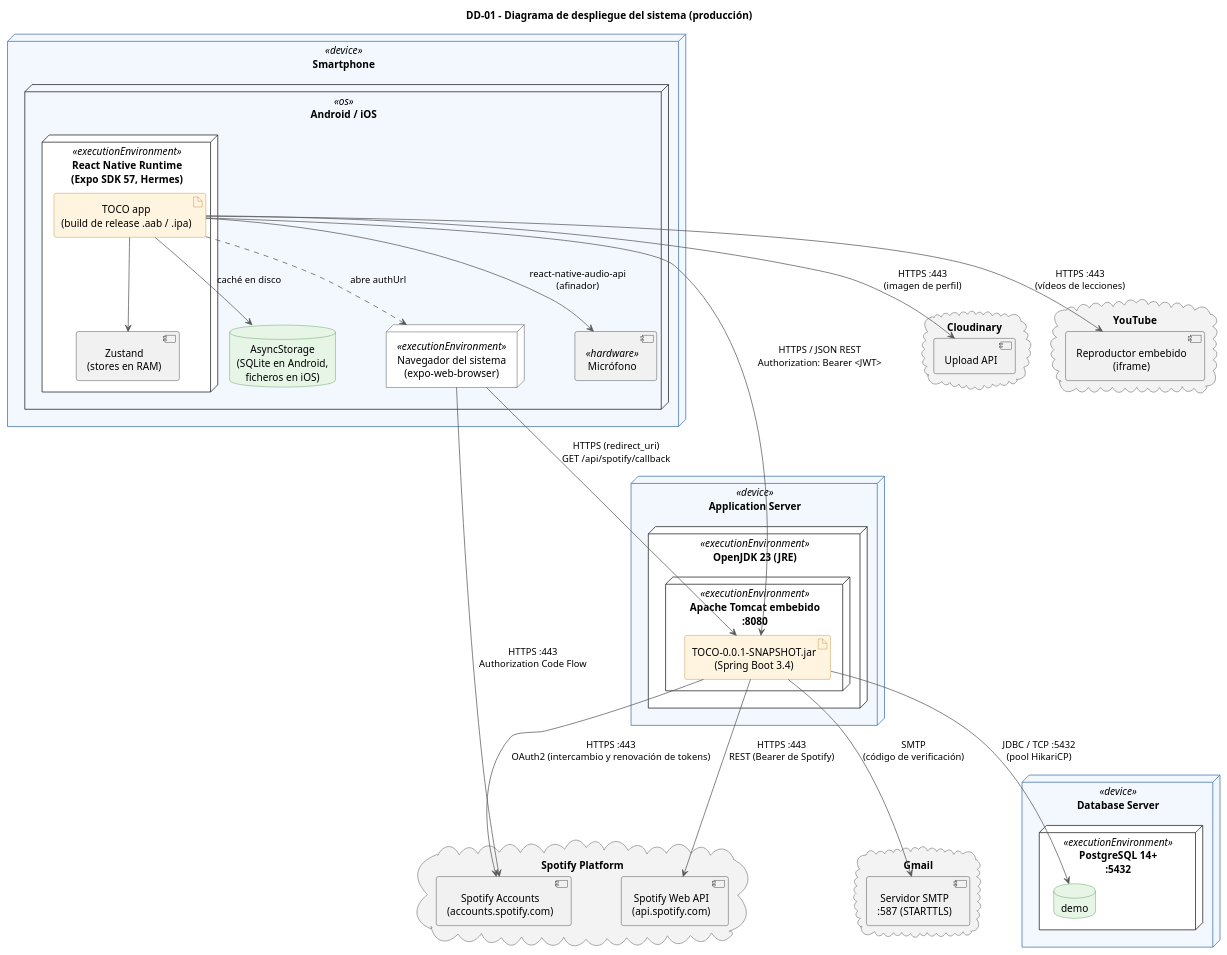
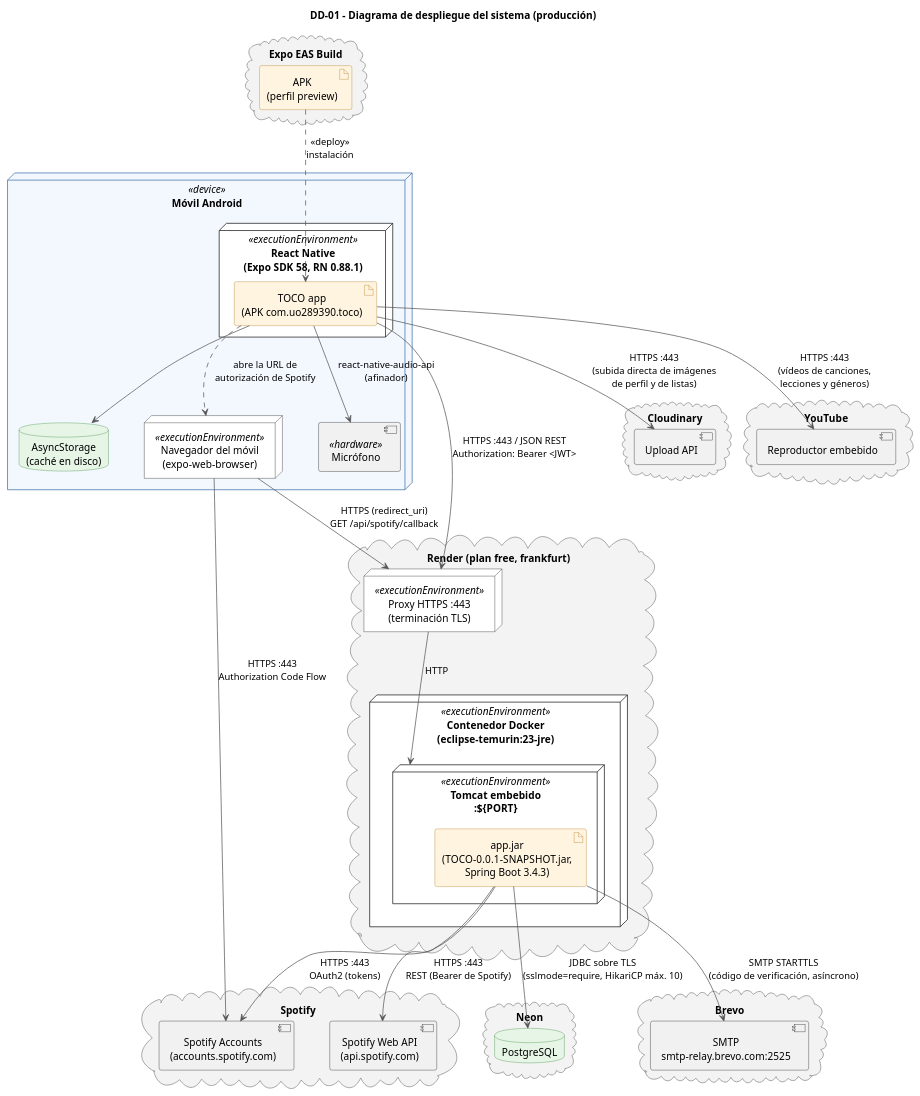
The diagram in diagrams/architecture/DD01_despliegue.puml (adrianmahialoredo/TFG), drawn with PlantUML before and after one commit. The commit also changed 221 other files, not shown here.

```diff
--- a/diagrams/architecture/DD01_despliegue.puml
+++ b/diagrams/architecture/DD01_despliegue.puml
@@ -1,121 +1,119 @@
 @startuml DD-01
 title DD-01 - Diagrama de despliegue del sistema (producción)
 
-' Despliegue objetivo de la aplicación publicada. Datos tomados del proyecto:
-'   - pom.xml: artefacto TOCO-0.0.1-SNAPSHOT.jar, Java 23, Spring Boot 3.4.
-'   - application.properties: Tomcat embebido en el puerto 8080, base de datos
-'     PostgreSQL "demo" en el 5432, pool HikariCP (máx. 10 conexiones), Spring Mail.
-'   - frontend/package.json y app.json: Expo SDK 57, React Native 0.86.
-'
-' Diferencias con el entorno de desarrollo actual (no se dibujan):
-'   - El backend y PostgreSQL corren en el PC de desarrollo (localhost:5432) y
-'     la app llama por HTTP a la IP de la red local (BASE_URL en apiConfig.ts).
-'   - La app se instala como development build (expo-dev-client) y el JS lo
-'     sirve Metro; en producción va empaquetado en la build de release.
-'   - La redirect_uri de Spotify es http://127.0.0.1:8080/...; en producción
-'     es la URL HTTPS pública del servidor (SPOTIFY_REDIRECT_URI).
-' Al publicar hay que cambiar BASE_URL a la URL HTTPS del servidor y dar a la
-' API un certificado TLS (proxy inverso o server.ssl de Spring Boot).
-' El servidor de base de datos puede compartir máquina con el de aplicaciones.
+' Despliegue real de la aplicación publicada. Datos tomados del proyecto:
+'   - frontend/package.json, app.json y eas.json: Expo SDK 58, React Native 0.88.1,
+'     paquete com.uo289390.toco, APK generado con EAS Build (perfil "preview",
+'     distribution internal, buildType apk). La URL del backend se fija con
+'     EXPO_PUBLIC_API_URL (https://<servicio>.onrender.com).
+'   - render.yaml: servicio web "toco-backend", runtime docker, plan free, región
+'     frankfurt, health check /actuator/health.
+'   - Dockerfile: imagen eclipse-temurin:23-jre con app.jar (TOCO-0.0.1-SNAPSHOT.jar,
+'     Spring Boot 3.4.3); Tomcat embebido en server.port=${PORT}.
+'   - application.properties: PostgreSQL de Neon (DB_URL con sslmode=require),
+'     HikariCP máx. 10 conexiones, Spring Mail con STARTTLS.
+'   - README (Despliegue): Brevo smtp-relay.brevo.com:2525, porque el plan gratuito
+'     de Render bloquea los puertos SMTP 25, 465 y 587.
+'   - EmailVerificationServiceImpl: el correo se envía en segundo plano
+'     (applicationTaskExecutor).
+' El entorno de desarrollo (backend y PostgreSQL en localhost, development build
+' con Metro) no se dibuja.
 skinparam roundcorner 6
-skinparam nodesep 70
-skinparam ranksep 80
+skinparam nodesep 50
+skinparam ranksep 70
 skinparam defaultTextAlignment center
 skinparam node {
     BackgroundColor<<device>> #F3F8FF
     BorderColor<<device>> #3D6FA8
     BackgroundColor<<executionEnvironment>> #FFFFFF
 }
 skinparam cloud {
     BackgroundColor #F3F3F3
     BorderColor #888888
 }
 skinparam artifact {
     BackgroundColor #FFF4E0
     BorderColor #B07A1F
 }
 skinparam database {
     BackgroundColor #E6F5E6
     BorderColor #3C8A3C
 }
 skinparam ArrowColor #555555
 
 ' ---------------------------------------------------------------------
 ' Cliente
 ' ---------------------------------------------------------------------
 
-node "Smartphone" <<device>> as phone {
-    node "Android / iOS" <<os>> as os {
-        node "React Native Runtime\n(Expo SDK 57, Hermes)" <<executionEnvironment>> as rn {
-            artifact "TOCO app\n(build de release .aab / .ipa)" as app
-            component "Zustand\n(stores en RAM)" as zustand
-        }
-        database "AsyncStorage\n(SQLite en Android,\nficheros en iOS)" as async
-        node "Navegador del sistema\n(expo-web-browser)" <<executionEnvironment>> as browser
-        component "Micrófono" <<hardware>> as mic
+node "Móvil Android" <<device>> as phone {
+    node "React Native\n(Expo SDK 58, RN 0.88.1)" <<executionEnvironment>> as rn {
+        artifact "TOCO app\n(APK com.uo289390.toco)" as app
     }
+    database "AsyncStorage\n(caché en disco)" as async
+    node "Navegador del móvil\n(expo-web-browser)" <<executionEnvironment>> as browser
+    component "Micrófono" <<hardware>> as mic
 }
 
-app --> zustand
-app --> async : caché en disco
+app --> async
 app --> mic : react-native-audio-api\n(afinador)
-app ..> browser : abre authUrl
+app ..> browser : abre la URL de\nautorización de Spotify
+
+cloud "Expo EAS Build" as eas {
+    artifact "APK\n(perfil preview)" as apk
+}
+apk ..> app : <<deploy>>\ninstalación
 
 ' ---------------------------------------------------------------------
-' Servidor de aplicaciones
+' Backend en Render
 ' ---------------------------------------------------------------------
 
-node "Application Server" <<device>> as appserver {
-    node "OpenJDK 23 (JRE)" <<executionEnvironment>> as jre {
-        node "Apache Tomcat embebido\n:8080" <<executionEnvironment>> as tomcat {
-            artifact "TOCO-0.0.1-SNAPSHOT.jar\n(Spring Boot 3.4)" as jar
+cloud "Render (plan free, frankfurt)" as render {
+    node "Proxy HTTPS :443\n(terminación TLS)" <<executionEnvironment>> as proxy
+    node "Contenedor Docker\n(eclipse-temurin:23-jre)" <<executionEnvironment>> as docker {
+        node "Tomcat embebido\n:${PORT}" <<executionEnvironment>> as tomcat {
+            artifact "app.jar\n(TOCO-0.0.1-SNAPSHOT.jar,\nSpring Boot 3.4.3)" as jar
         }
     }
 }
-
-' ---------------------------------------------------------------------
-' Servidor de base de datos
-' ---------------------------------------------------------------------
-
-node "Database Server" <<device>> as dbserver {
-    node "PostgreSQL 14+\n:5432" <<executionEnvironment>> as postgres {
-        database "demo" as demo
-    }
-}
+proxy --> tomcat : HTTP
 
 ' ---------------------------------------------------------------------
 ' Servicios externos
 ' ---------------------------------------------------------------------
 
-cloud "Spotify Platform" as spotify {
-    component "Spotify Accounts\n(accounts.spotify.com)" as spotify_accounts
-    component "Spotify Web API\n(api.spotify.com)" as spotify_api
+cloud "Neon" as neon {
+    database "PostgreSQL" as pg
 }
 
-cloud "Gmail" as gmail {
-    component "Servidor SMTP\n:587 (STARTTLS)" as smtp
+cloud "Brevo" as brevo {
+    component "SMTP\nsmtp-relay.brevo.com:2525" as smtp
 }
 
 cloud "Cloudinary" as cloudinary {
     component "Upload API" as cloudinary_api
 }
 
 cloud "YouTube" as youtube {
-    component "Reproductor embebido\n(iframe)" as youtube_player
+    component "Reproductor embebido" as youtube_player
+}
+
+cloud "Spotify" as spotify {
+    component "Spotify Accounts\n(accounts.spotify.com)" as spotify_accounts
+    component "Spotify Web API\n(api.spotify.com)" as spotify_api
 }
 
 ' ---------------------------------------------------------------------
 ' Comunicaciones
 ' ---------------------------------------------------------------------
 
-app --> jar : HTTPS / JSON REST\nAuthorization: Bearer <JWT>
-jar --> demo : JDBC / TCP :5432\n(pool HikariCP)
-jar --> spotify_accounts : HTTPS :443\nOAuth2 (intercambio y renovación de tokens)
+app --> proxy : HTTPS :443 / JSON REST\nAuthorization: Bearer <JWT>
+jar --> pg : JDBC sobre TLS\n(sslmode=require, HikariCP máx. 10)
+jar --> smtp : SMTP STARTTLS\n(código de verificación, asíncrono)
+jar --> spotify_accounts : HTTPS :443\nOAuth2 (tokens)
 jar --> spotify_api : HTTPS :443\nREST (Bearer de Spotify)
 browser --> spotify_accounts : HTTPS :443\nAuthorization Code Flow
-browser --> jar : HTTPS (redirect_uri)\nGET /api/spotify/callback
-jar --> smtp : SMTP\n(código de verificación)
-app --> cloudinary_api : HTTPS :443\n(imagen de perfil)
-app --> youtube_player : HTTPS :443\n(vídeos de lecciones)
+browser --> proxy : HTTPS (redirect_uri)\nGET /api/spotify/callback
+app --> cloudinary_api : HTTPS :443\n(subida directa de imágenes\nde perfil y de listas)
+app --> youtube_player : HTTPS :443\n(vídeos de canciones,\nlecciones y géneros)
 
 @enduml
```
